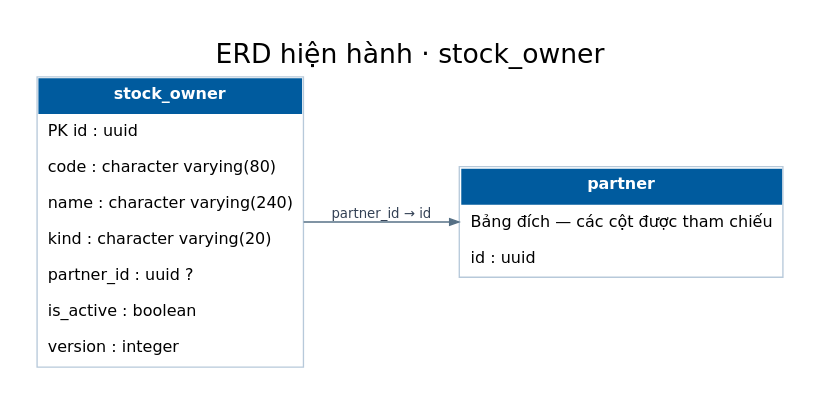
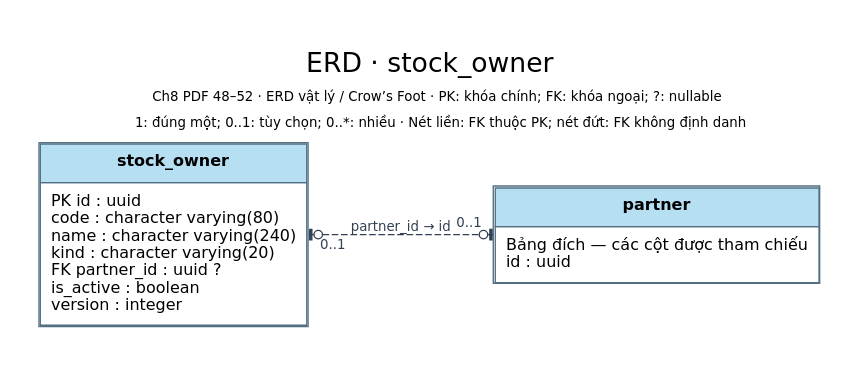
One commit to TEAM-DEV-FIVE/WMS_BA_2_0 changed the diagram in 03_So_do/Hien_hanh/dot/ERD_stock_owner.dot. Above: the diagram before and after it, drawn with Graphviz. The commit also changed 295 other files, not shown here.

Commit message:
docs: align current diagrams with BA notation and streamline READMEs

```diff
--- a/03_So_do/Hien_hanh/dot/ERD_stock_owner.dot
+++ b/03_So_do/Hien_hanh/dot/ERD_stock_owner.dot
@@ -1,9 +1,9 @@
 digraph WMS {
-graph [rankdir=LR, bgcolor="white", nodesep=.32, ranksep=.6, pad=.28];
+graph [rankdir=LR, bgcolor="white", nodesep=.5, ranksep=.9, pad=.3];
 node [shape=plain, fontname="DejaVu Sans", fontsize=12];
-edge [fontname="DejaVu Sans", fontsize=10, color="#567086", fontcolor="#334155", arrowsize=.7];
-label="ERD hiện hành · stock_owner"; labelloc=t; fontname="DejaVu Sans"; fontsize=20;
-"stock_owner" [label=<<TABLE BORDER="1" CELLBORDER="0" CELLSPACING="0" CELLPADDING="7" COLOR="#b7c9da"><TR><TD BGCOLOR="#005b9e"><FONT COLOR="white"><B>stock_owner</B></FONT></TD></TR><TR><TD ALIGN="LEFT">PK id : uuid</TD></TR><TR><TD ALIGN="LEFT">code : character varying(80)</TD></TR><TR><TD ALIGN="LEFT">name : character varying(240)</TD></TR><TR><TD ALIGN="LEFT">kind : character varying(20)</TD></TR><TR><TD ALIGN="LEFT">partner_id : uuid ?</TD></TR><TR><TD ALIGN="LEFT">is_active : boolean</TD></TR><TR><TD ALIGN="LEFT">version : integer</TD></TR></TABLE>>];
-"partner" [label=<<TABLE BORDER="1" CELLBORDER="0" CELLSPACING="0" CELLPADDING="7" COLOR="#b7c9da"><TR><TD BGCOLOR="#005b9e"><FONT COLOR="white"><B>partner</B></FONT></TD></TR><TR><TD ALIGN="LEFT">Bảng đích — các cột được tham chiếu</TD></TR><TR><TD ALIGN="LEFT">id : uuid</TD></TR></TABLE>>];
-"stock_owner" -> "partner" [label="partner_id → id"];
+edge [fontname="DejaVu Sans", fontsize=10, color="#334155", fontcolor="#334155", arrowsize=.8];
+label=<<TABLE BORDER="0" CELLBORDER="0" CELLPADDING="3"><TR><TD><FONT POINT-SIZE="20">ERD · stock_owner</FONT></TD></TR><TR><TD><FONT POINT-SIZE="10">Ch8 PDF 48–52 · ERD vật lý / Crow’s Foot · PK: khóa chính; FK: khóa ngoại; ?: nullable</FONT></TD></TR><TR><TD><FONT POINT-SIZE="10">1: đúng một; 0..1: tùy chọn; 0..*: nhiều · Nét liền: FK thuộc PK; nét đứt: FK không định danh</FONT></TD></TR></TABLE>>; labelloc=t; fontname="DejaVu Sans"; fontsize=16;
+"stock_owner" [label=<<TABLE BORDER="1" CELLBORDER="1" CELLSPACING="0" CELLPADDING="7" COLOR="#526f83"><TR><TD BGCOLOR="#b7dff2"><B>stock_owner</B></TD></TR><TR><TD ALIGN="LEFT" BALIGN="LEFT">PK id : uuid<BR ALIGN="LEFT"/>code : character varying(80)<BR ALIGN="LEFT"/>name : character varying(240)<BR ALIGN="LEFT"/>kind : character varying(20)<BR ALIGN="LEFT"/>FK partner_id : uuid ?<BR ALIGN="LEFT"/>is_active : boolean<BR ALIGN="LEFT"/>version : integer</TD></TR></TABLE>>];
+"partner" [label=<<TABLE BORDER="1" CELLBORDER="1" CELLSPACING="0" CELLPADDING="7" COLOR="#526f83"><TR><TD BGCOLOR="#b7dff2"><B>partner</B></TD></TR><TR><TD ALIGN="LEFT" BALIGN="LEFT">Bảng đích — các cột được tham chiếu<BR ALIGN="LEFT"/>id : uuid</TD></TR></TABLE>>];
+"stock_owner" -> "partner" [label="partner_id → id", dir="both", arrowtail="teeodot", arrowhead="teeodot", taillabel="0..1", headlabel="0..1", labeldistance="2", style="dashed"];
 }
```
